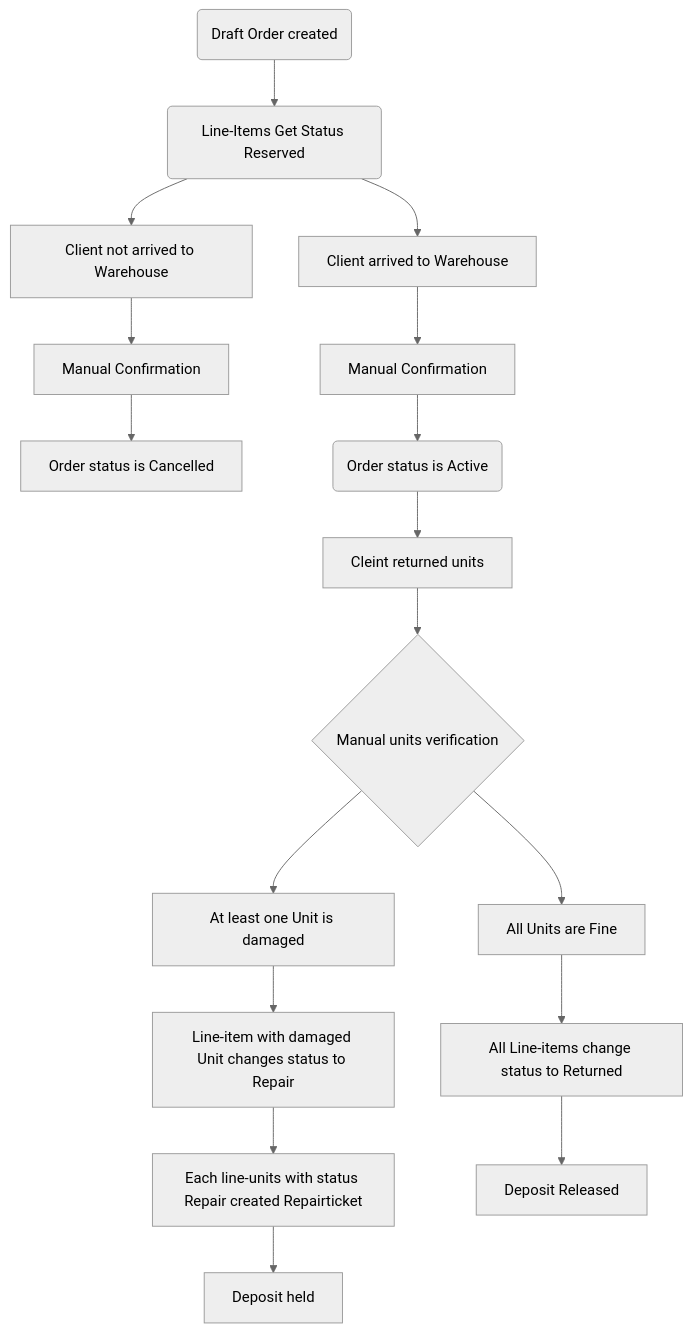
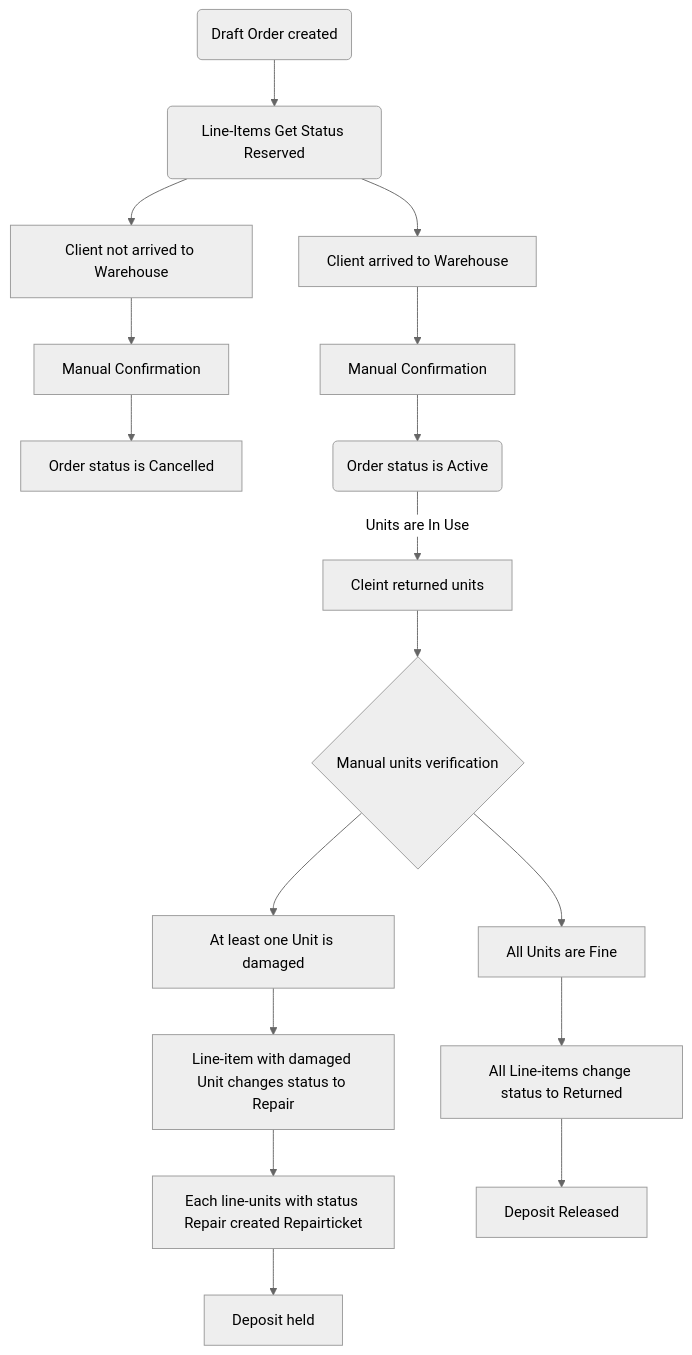
The diagram in Flowchart.md (Diamko94/rentals1), drawn with Mermaid (neutral theme) before and after one commit.

````diff
--- a/Flowchart.md
+++ b/Flowchart.md
@@ -1,27 +1,27 @@
 ```mermaid
 flowchart TD
 
     %% Бронироваие
     A(Draft Order created) --> B(Line-Items Get Status Reserved)
 
     %% Выдача
     B --> G[Client arrived to Warehouse]
     G --> I[Manual Confirmation]
     B --> D[Client not arrived to Warehouse]
     D --> E[Manual Confirmation]
     E --> F[Order status is Cancelled]
     I --> J(Order status is Active)
 
     %% Возврат
-    J --> K[Cleint returned units]
+    J -->|Units are In Use| K[Cleint returned units]
     K --> L{Manual units verification}
     L --> M[All Units are Fine] 
     M --> N[All Line-items change status to Returned]
     L --> O[At least one Unit is damaged]
     O --> P[Line-item with damaged Unit changes status to Repair]
     P --> R[Each line-units with status Repair created Repairticket]
 
     %% Расчет
     N --> Q[Deposit Released]
     R --> S[Deposit held]
 ```
````
